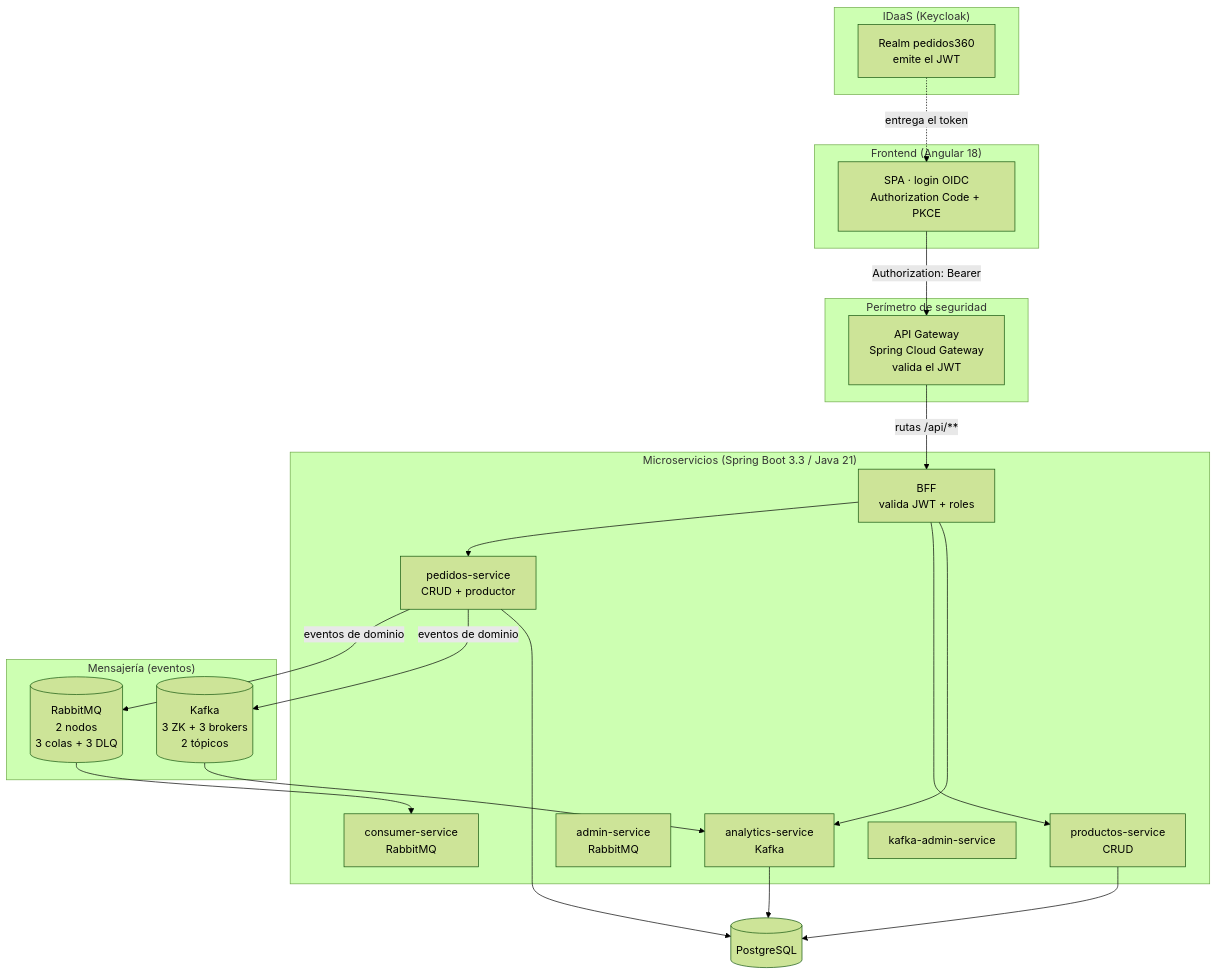
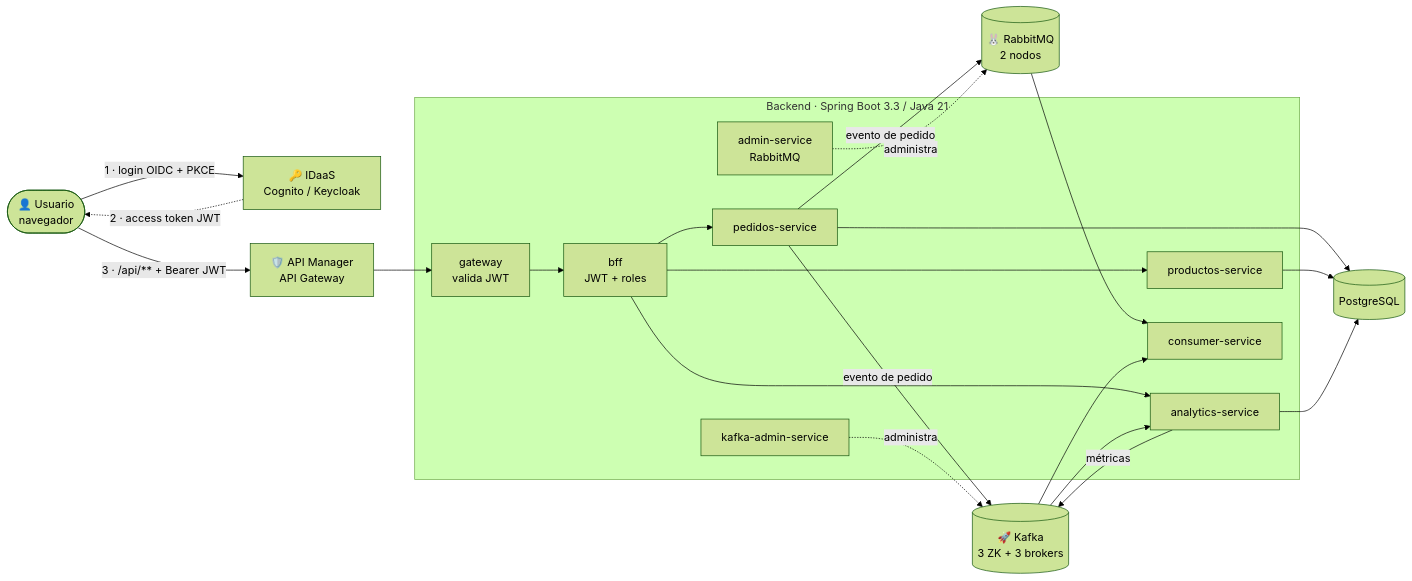
Before and after one commit to victor99a/Cloud-Native: the first of 12 diagrams in README.md, drawn with Mermaid (forest theme). The commit also changed other lines of this file and 12 other files, not shown here.

First line of the commit message:
docs: README con estructura y diagramas de IDaaS, RabbitMQ y Kafka; version 1.3.0

````diff
--- a/README.md
+++ b/README.md
@@ -20,45 +37,36 @@
 ```mermaid
-flowchart TB
-    subgraph Frontend["Frontend (Angular 18)"]
-        SPA["SPA · login OIDC<br/>Authorization Code + PKCE"]
+flowchart LR
+    U(["👤 Usuario<br/>navegador"])
+    IDP["🔑 IDaaS<br/>Cognito / Keycloak"]
+    APIM["🛡️ API Manager<br/>API Gateway"]
+
+    subgraph BACK["Backend · Spring Boot 3.3 / Java 21"]
+        GW["gateway<br/>valida JWT"]
+        BFF["bff<br/>JWT + roles"]
+        PED["pedidos-service"]
+        PROD["productos-service"]
+        ANA["analytics-service"]
+        CONS["consumer-service"]
+        ADM["admin-service<br/>RabbitMQ"]
+        KADM["kafka-admin-service"]
     end
 
-    subgraph IDaaS["IDaaS (Keycloak)"]
-        KC["Realm pedidos360<br/>emite el JWT"]
-    end
-
-    subgraph Perimetro["Perímetro de seguridad"]
-        GW["API Gateway<br/>Spring Cloud Gateway<br/>valida el JWT"]
-    end
-
-    subgraph Backend["Microservicios (Spring Boot 3.3 / Java 21)"]
-        BFF["BFF<br/>valida JWT + roles"]
-        PED["pedidos-service<br/>CRUD + productor"]
-        PROD["productos-service<br/>CRUD"]
-        CONS["consumer-service<br/>RabbitMQ"]
-        ADMIN["admin-service<br/>RabbitMQ"]
-        ANALYT["analytics-service<br/>Kafka"]
-        KADMIN["kafka-admin-service"]
-    end
-
-    subgraph Mensajeria["Mensajería (eventos)"]
-        RAB[("RabbitMQ<br/>2 nodos<br/>3 colas + 3 DLQ")]
-        KAF[("Kafka<br/>3 ZK + 3 brokers<br/>2 tópicos")]
-    end
-
+    RAB[("🐰 RabbitMQ<br/>2 nodos")]
+    KAF[("🚀 Kafka<br/>3 ZK + 3 brokers")]
     DB[("PostgreSQL")]
 
-    SPA -->|"Authorization: Bearer <JWT>"| GW
-    KC -.->|"entrega el token"| SPA
-    GW -->|"rutas /api/**"| BFF
-    BFF --> PED
-    BFF --> PROD
-    BFF --> ANALYT
-    PED -->|"eventos de dominio"| RAB
-    PED -->|"eventos de dominio"| KAF
+    U -- "1 · login OIDC + PKCE" --> IDP
+    IDP -. "2 · access token JWT" .-> U
+    U -- "3 · /api/** + Bearer JWT" --> APIM
+    APIM --> GW --> BFF
+    BFF --> PED & PROD & ANA
+    PED -- "evento de pedido" --> RAB
+    PED -- "evento de pedido" --> KAF
     RAB --> CONS
-    KAF --> ANALYT
-    ANALYT --> DB
-    PED --> DB
-    PROD --> DB
+    KAF --> ANA
+    KAF --> CONS
+    ANA -- "métricas" --> KAF
+    ADM -. "administra" .-> RAB
+    KADM -. "administra" .-> KAF
+    PED & PROD & ANA --> DB
 ```
````
